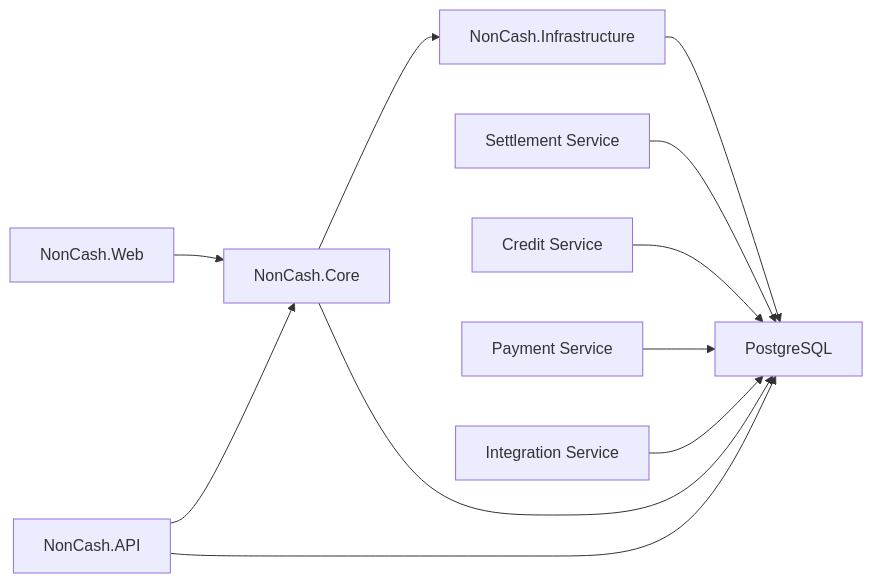
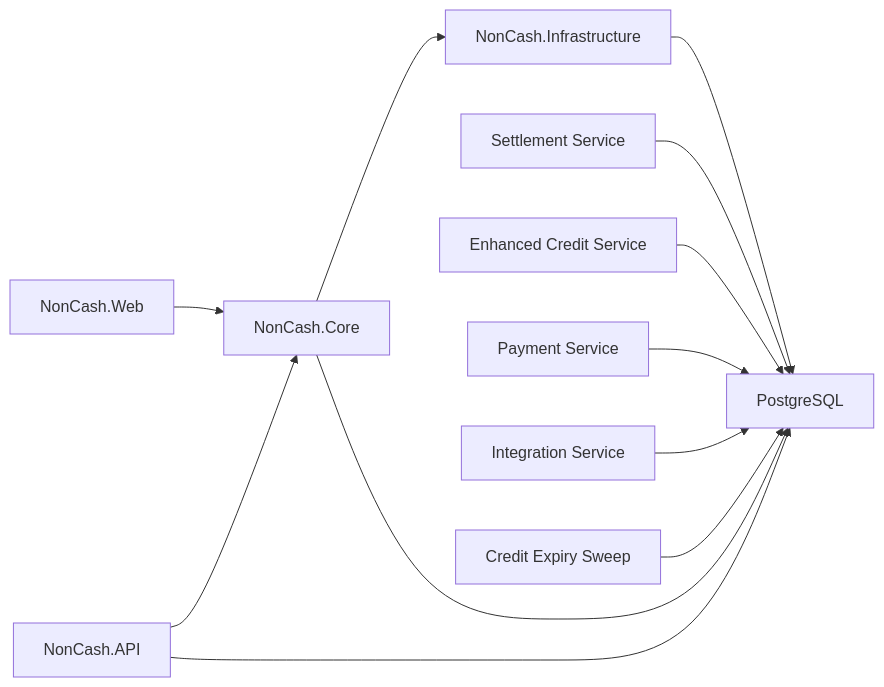
Diagram 18 of 18 in .qoder/repowiki/en/content/Business Logic and Workflows/Business Logic and Workflows.md (lamhongbac/NonCash), drawn with Mermaid before and after one commit. The commit also changed other lines of this file and 29 other files, not shown here.

````diff
--- a/.qoder/repowiki/en/content/Business Logic and Workflows/Business Logic and Workflows.md
+++ b/.qoder/repowiki/en/content/Business Logic and Workflows/Business Logic and Workflows.md
@@ -625,13 +794,14 @@
 ```mermaid
 graph LR
 Web["NonCash.Web"] --> Core["NonCash.Core"]
 API["NonCash.API"] --> Core
 Core --> Infra["NonCash.Infrastructure"]
 Infra --> DB["PostgreSQL"]
 API --> DB
 Core --> DB
 SETTLEMENT["Settlement Service"] --> DB
-CREDIT["Credit Service"] --> DB
+CREDIT["Enhanced Credit Service"] --> DB
 PAYMENT["Payment Service"] --> DB
 INTEGRATION["Integration Service"] --> DB
+EXPIRY["Credit Expiry Sweep"] --> DB
 ```
````
